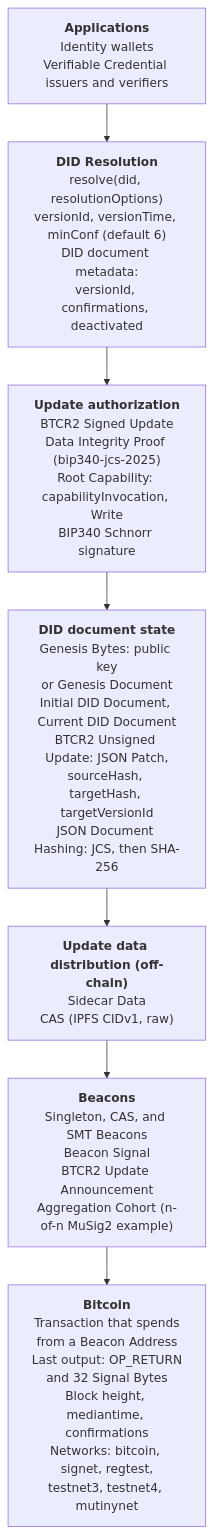
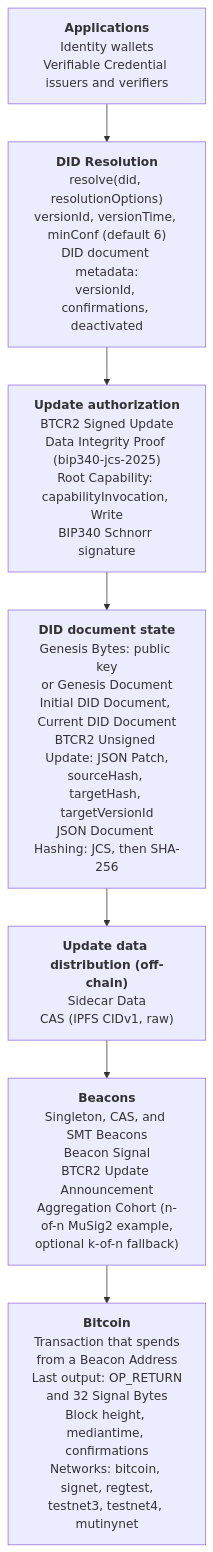
Before and after one commit to dcdpr/website-btcr2-dev: the second of 3 diagrams in src/content/docs/diagrams/index.md, drawn with Mermaid. The commit also changed 9 other files, not shown here.

First line of the commit message:
docs(diagrams): show a k-of-n fallback next to n-of-n signatures

````diff
--- a/src/content/docs/diagrams/index.md
+++ b/src/content/docs/diagrams/index.md
@@ -71,12 +71,12 @@
 ```mermaid
 flowchart TB
   L7["<b>Applications</b><br/>Identity wallets<br/>Verifiable Credential issuers and verifiers"]
   L6["<b>DID Resolution</b><br/>resolve(did, resolutionOptions)<br/>versionId, versionTime, minConf (default 6)<br/>DID document metadata:<br/>versionId, confirmations, deactivated"]
   L5["<b>Update authorization</b><br/>BTCR2 Signed Update<br/>Data Integrity Proof (bip340-jcs-2025)<br/>Root Capability: capabilityInvocation, Write<br/>BIP340 Schnorr signature"]
   L4["<b>DID document state</b><br/>Genesis Bytes: public key<br/>or Genesis Document<br/>Initial DID Document, Current DID Document<br/>BTCR2 Unsigned Update: JSON Patch,<br/>sourceHash, targetHash, targetVersionId<br/>JSON Document Hashing: JCS, then SHA-256"]
   L3["<b>Update data distribution (off-chain)</b><br/>Sidecar Data<br/>CAS (IPFS CIDv1, raw)"]
-  L2["<b>Beacons</b><br/>Singleton, CAS, and SMT Beacons<br/>Beacon Signal<br/>BTCR2 Update Announcement<br/>Aggregation Cohort (n-of-n MuSig2 example)"]
+  L2["<b>Beacons</b><br/>Singleton, CAS, and SMT Beacons<br/>Beacon Signal<br/>BTCR2 Update Announcement<br/>Aggregation Cohort (n-of-n MuSig2 example,<br/>optional k-of-n fallback)"]
   L1["<b>Bitcoin</b><br/>Transaction that spends<br/>from a Beacon Address<br/>Last output: OP_RETURN<br/>and 32 Signal Bytes<br/>Block height, mediantime, confirmations<br/>Networks: bitcoin, signet, regtest,<br/>testnet3, testnet4, mutinynet"]
 
   L7 --> L6 --> L5 --> L4 --> L3 --> L2 --> L1
 ```
````
